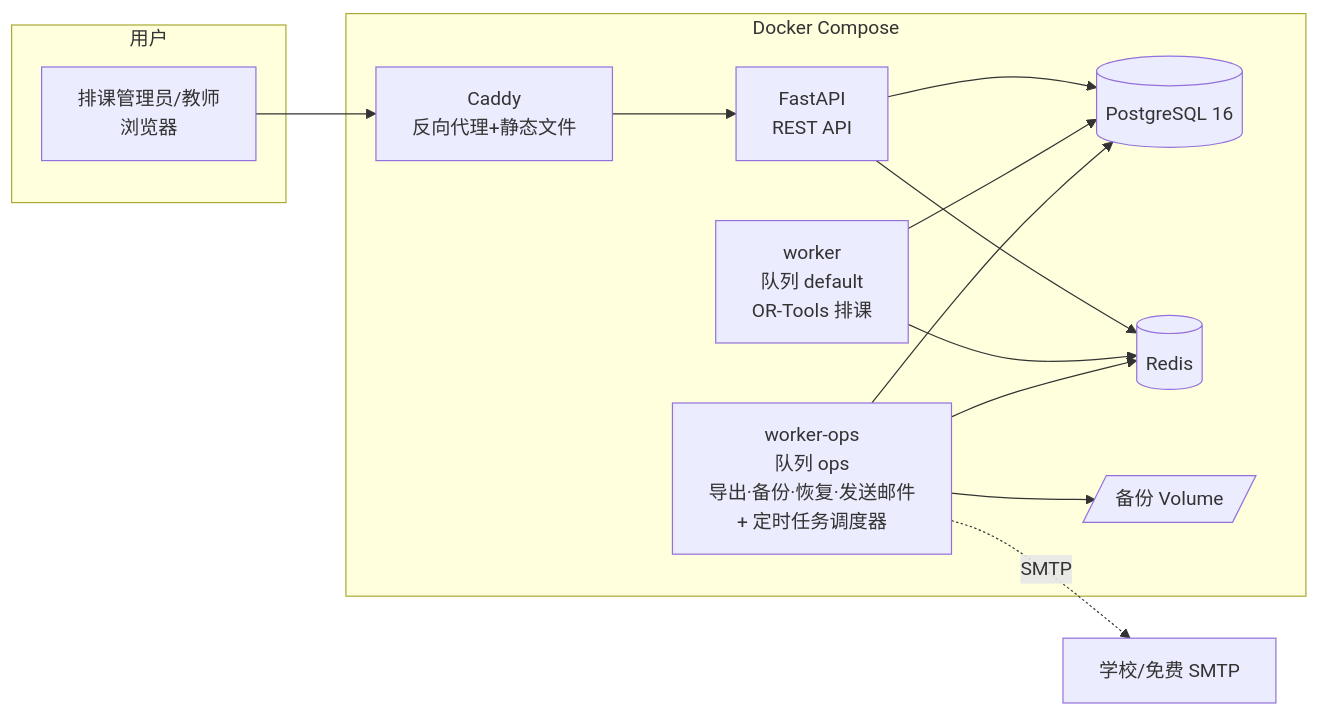
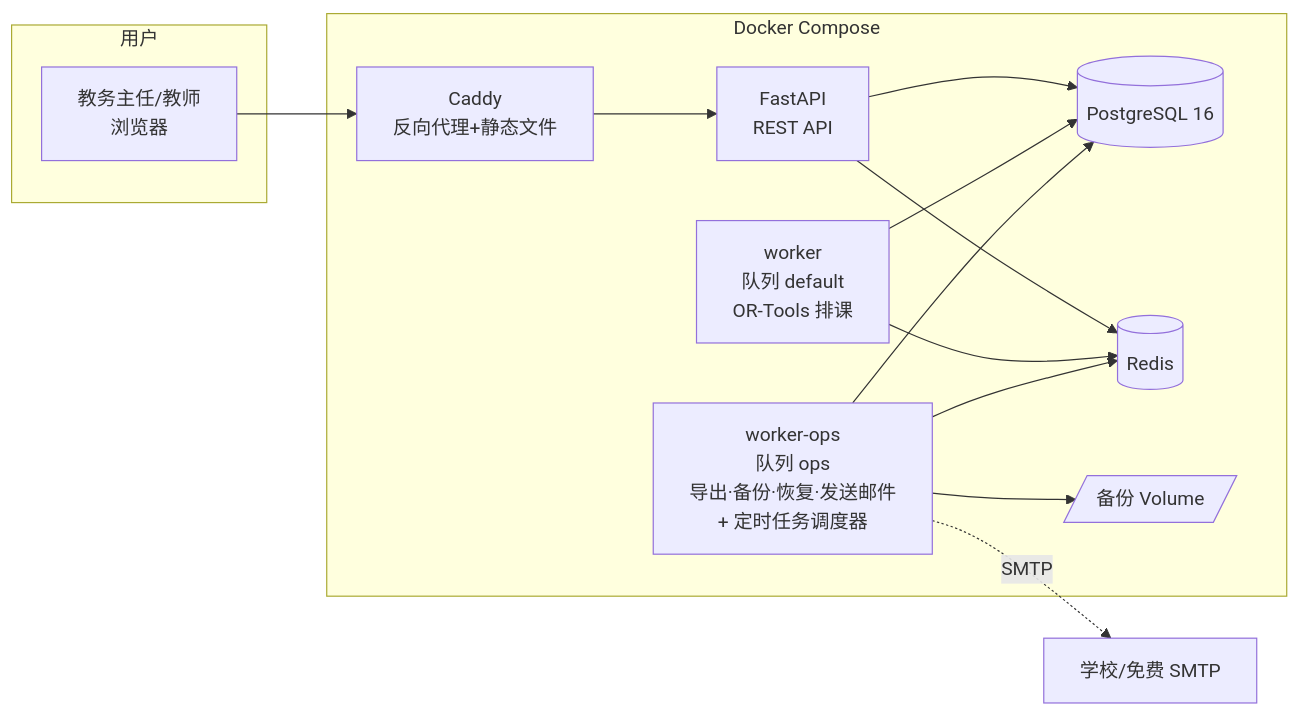
Before and after one commit to sine-io/Course_Scheduling_System: the third of 4 diagrams in docs/architecture.md, drawn with Mermaid. The commit also changed other lines of this file and 224 other files, not shown here.

````diff
--- a/docs/architecture.md
+++ b/docs/architecture.md
@@ -385,18 +384,18 @@
 ```mermaid
 flowchart LR
     subgraph 用户
-        U1[排课管理员/教师<br/>浏览器]
+        U1[教务主任/教师<br/>浏览器]
     end
     subgraph Docker Compose
         C[Caddy<br/>反向代理+静态文件] --> API[FastAPI<br/>REST API]
         API --> PG[(PostgreSQL 16)]
         API --> RD[(Redis)]
         W[worker<br/>队列 default<br/>OR-Tools 排课] --> RD
         W --> PG
         WO[worker-ops<br/>队列 ops<br/>导出·备份·恢复·发送邮件<br/>+ 定时任务调度器] --> RD
         WO --> PG
         WO --> V[/备份 Volume/]
     end
     U1 --> C
     WO -.SMTP.-> M[学校/免费 SMTP]
 ```
````
